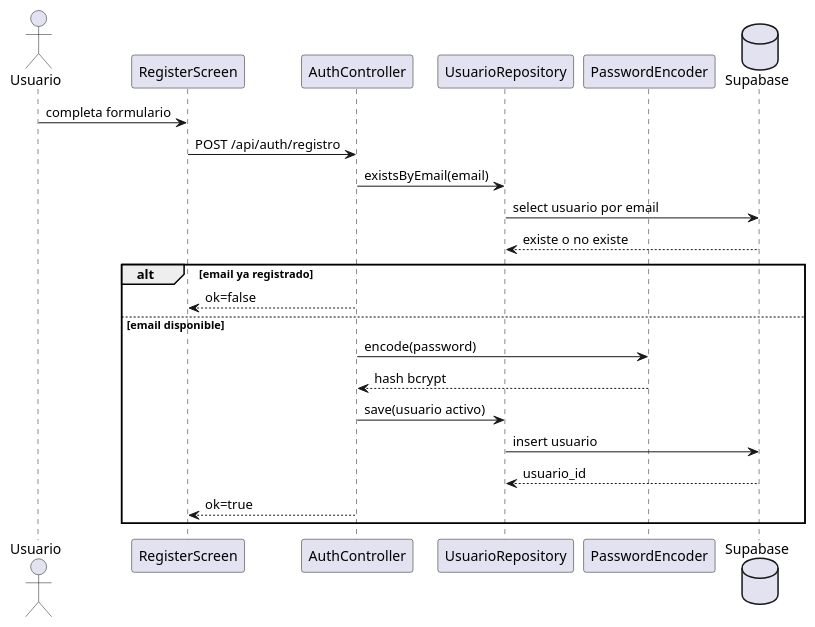
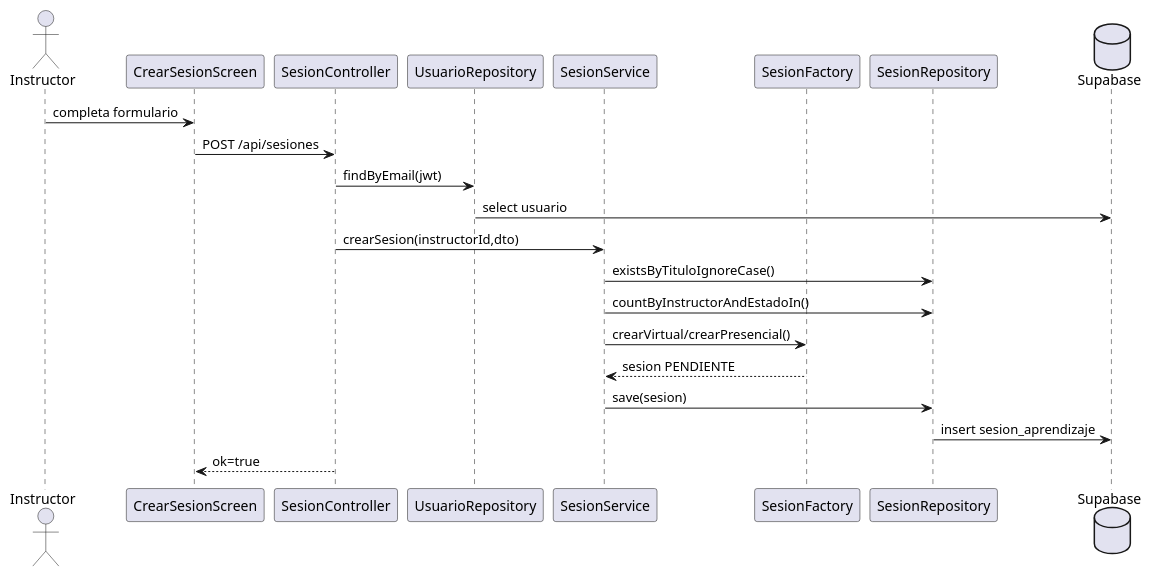
The fifth of 19 diagrams in docs/analisis_release1_y_diagramas.md (GioVxsquez/SkillSharing-IS2), drawn with PlantUML before and after one commit. The commit also changed other lines of this file and 3 other files, not shown here.

Commit message:
actualiza frontend y diagramas del release 1

````diff
--- a/docs/analisis_release1_y_diagramas.md
+++ b/docs/analisis_release1_y_diagramas.md
@@ -323,27 +426,25 @@
 ```plantuml
 @startuml
-actor Usuario
-participant "RegisterScreen" as app
-participant "AuthController" as auth
-participant "UsuarioRepository" as repo
-participant "PasswordEncoder" as encoder
+actor Instructor
+participant "CrearSesionScreen" as app
+participant "SesionController" as ctrl
+participant "UsuarioRepository" as userRepo
+participant "SesionService" as service
+participant "SesionFactory" as factory
+participant "SesionRepository" as repo
 database "Supabase" as db
 
-Usuario -> app : completa formulario
-app -> auth : POST /api/auth/registro
-auth -> repo : existsByEmail(email)
-repo -> db : select usuario por email
-db --> repo : existe o no existe
-
-alt email ya registrado
-  auth --> app : ok=false
-else email disponible
-  auth -> encoder : encode(password)
-  encoder --> auth : hash bcrypt
-  auth -> repo : save(usuario activo)
-  repo -> db : insert usuario
-  db --> repo : usuario_id
-  auth --> app : ok=true
-end
+Instructor -> app : completa formulario
+app -> ctrl : POST /api/sesiones
+ctrl -> userRepo : findByEmail(jwt)
+userRepo -> db : select usuario
+ctrl -> service : crearSesion(instructorId,dto)
+service -> repo : existsByTituloIgnoreCase()
+service -> repo : countByInstructorAndEstadoIn()
+service -> factory : crearVirtual/crearPresencial()
+factory --> service : sesion PENDIENTE
+service -> repo : save(sesion)
+repo -> db : insert sesion_aprendizaje
+ctrl --> app : ok=true
 @enduml
 ```
````
